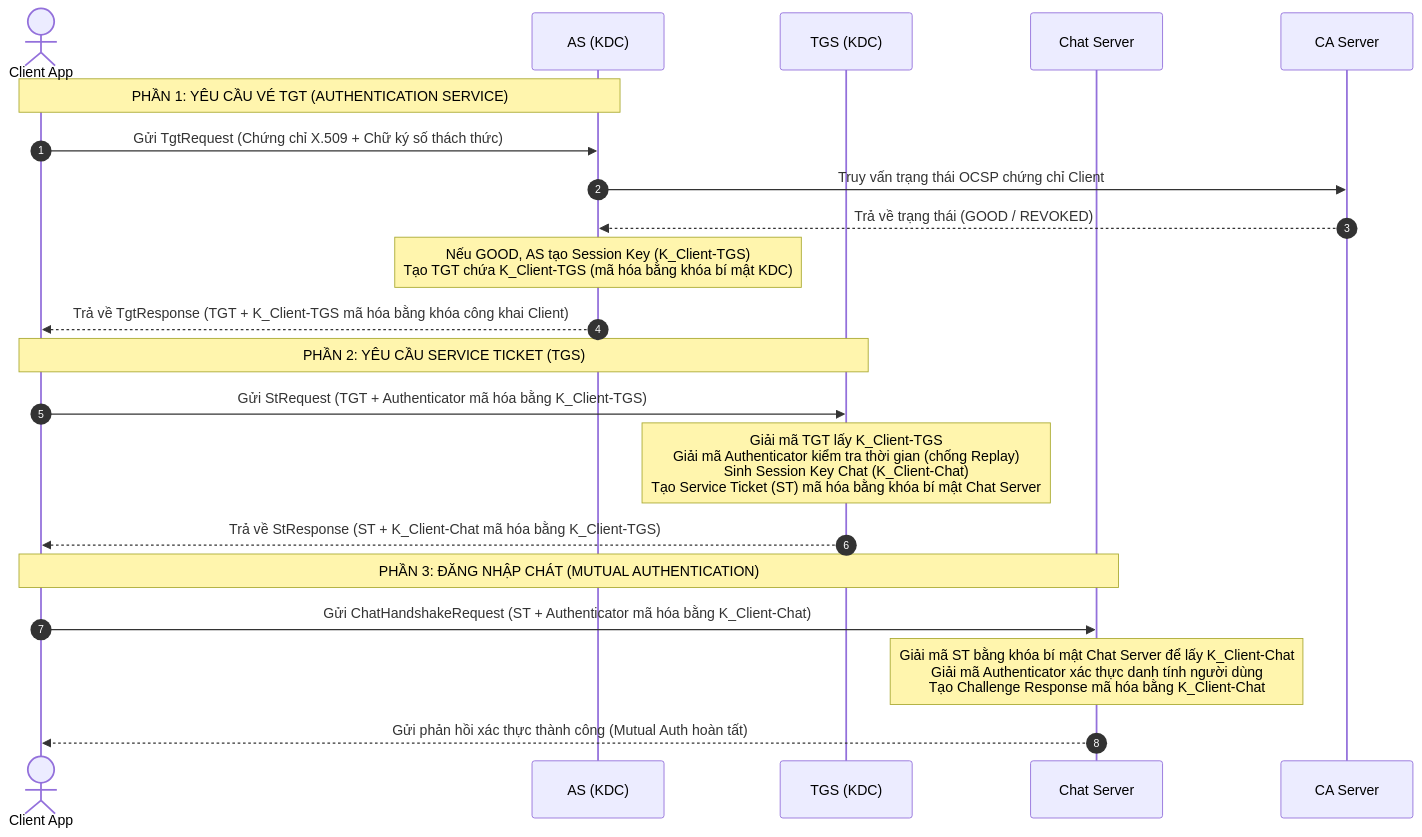
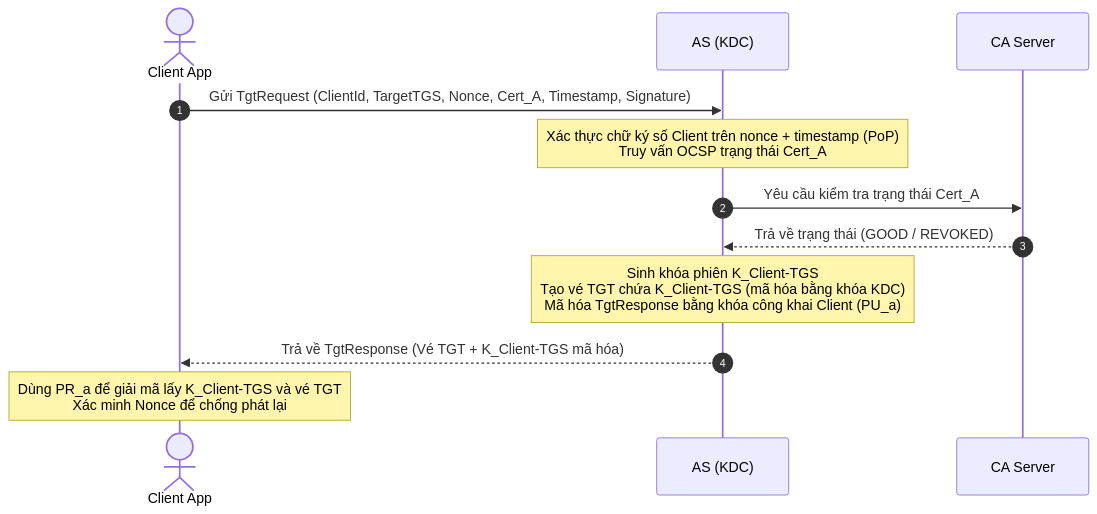
The third of 5 diagrams in README.md (zeus058/MHUD_LAB), drawn with Mermaid before and after one commit. The commit also changed other lines of this file, not shown here.

````diff
--- a/README.md
+++ b/README.md
@@ -158,26 +225,15 @@
 ```mermaid
 sequenceDiagram
     autonumber
     actor Client as Client App
     participant AS as AS (KDC)
-    participant TGS as TGS (KDC)
-    participant Chat as Chat Server
     participant CA as CA Server
     
-    Note over Client, AS: PHẦN 1: YÊU CẦU VÉ TGT (AUTHENTICATION SERVICE)
-    Client->>AS: Gửi TgtRequest (Chứng chỉ X.509 + Chữ ký số thách thức)
-    AS->>CA: Truy vấn trạng thái OCSP chứng chỉ Client
+    Client->>AS: Gửi TgtRequest (ClientId, TargetTGS, Nonce, Cert_A, Timestamp, Signature)
+    Note over AS: Xác thực chữ ký số Client trên nonce + timestamp (PoP)<br/>Truy vấn OCSP trạng thái Cert_A
+    AS->>CA: Yêu cầu kiểm tra trạng thái Cert_A
     CA-->>AS: Trả về trạng thái (GOOD / REVOKED)
-    Note over AS: Nếu GOOD, AS tạo Session Key (K_Client-TGS)<br/>Tạo TGT chứa K_Client-TGS (mã hóa bằng khóa bí mật KDC)
-    AS-->>Client: Trả về TgtResponse (TGT + K_Client-TGS mã hóa bằng khóa công khai Client)
-    
-    Note over Client, TGS: PHẦN 2: YÊU CẦU SERVICE TICKET (TGS)
-    Client->>TGS: Gửi StRequest (TGT + Authenticator mã hóa bằng K_Client-TGS)
-    Note over TGS: Giải mã TGT lấy K_Client-TGS<br/>Giải mã Authenticator kiểm tra thời gian (chống Replay)<br/>Sinh Session Key Chat (K_Client-Chat)<br/>Tạo Service Ticket (ST) mã hóa bằng khóa bí mật Chat Server
-    TGS-->>Client: Trả về StResponse (ST + K_Client-Chat mã hóa bằng K_Client-TGS)
-    
-    Note over Client, Chat: PHẦN 3: ĐĂNG NHẬP CHÁT (MUTUAL AUTHENTICATION)
-    Client->>Chat: Gửi ChatHandshakeRequest (ST + Authenticator mã hóa bằng K_Client-Chat)
-    Note over Chat: Giải mã ST bằng khóa bí mật Chat Server để lấy K_Client-Chat<br/>Giải mã Authenticator xác thực danh tính người dùng<br/>Tạo Challenge Response mã hóa bằng K_Client-Chat
-    Chat-->>Client: Gửi phản hồi xác thực thành công (Mutual Auth hoàn tất)
+    Note over AS: Sinh khóa phiên K_Client-TGS<br/>Tạo vé TGT chứa K_Client-TGS (mã hóa bằng khóa KDC)<br/>Mã hóa TgtResponse bằng khóa công khai Client (PU_a)
+    AS-->>Client: Trả về TgtResponse (Vé TGT + K_Client-TGS mã hóa)
+    Note over Client: Dùng PR_a để giải mã lấy K_Client-TGS và vé TGT<br/>Xác minh Nonce để chống phát lại
 ```
````
